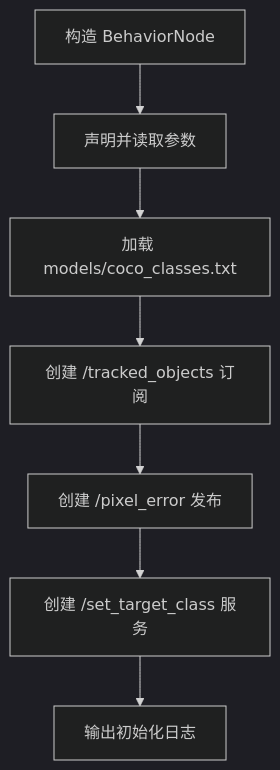
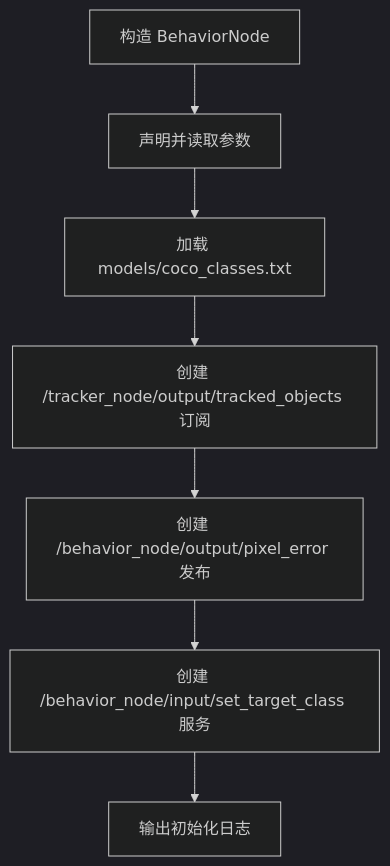
Before and after one commit to PT233/dog_dev: the first of 3 diagrams in docs/behavior_node/behavior_node_code_doc.md, drawn with Mermaid (dark theme). The commit also changed other lines of this file and 322 other files, not shown here.

````diff
--- a/docs/behavior_node/behavior_node_code_doc.md
+++ b/docs/behavior_node/behavior_node_code_doc.md
@@ -260,9 +260,9 @@
 ```mermaid
 flowchart TD
     A[构造 BehaviorNode] --> B[声明并读取参数]
     B --> C[加载 models/coco_classes.txt]
-    C --> D[创建 /tracked_objects 订阅]
-    D --> E[创建 /pixel_error 发布]
-    E --> F[创建 /set_target_class 服务]
+    C --> D[创建 /tracker_node/output/tracked_objects 订阅]
+    D --> E[创建 /behavior_node/output/pixel_error 发布]
+    E --> F[创建 /behavior_node/input/set_target_class 服务]
     F --> G[输出初始化日志]
 ```
````
